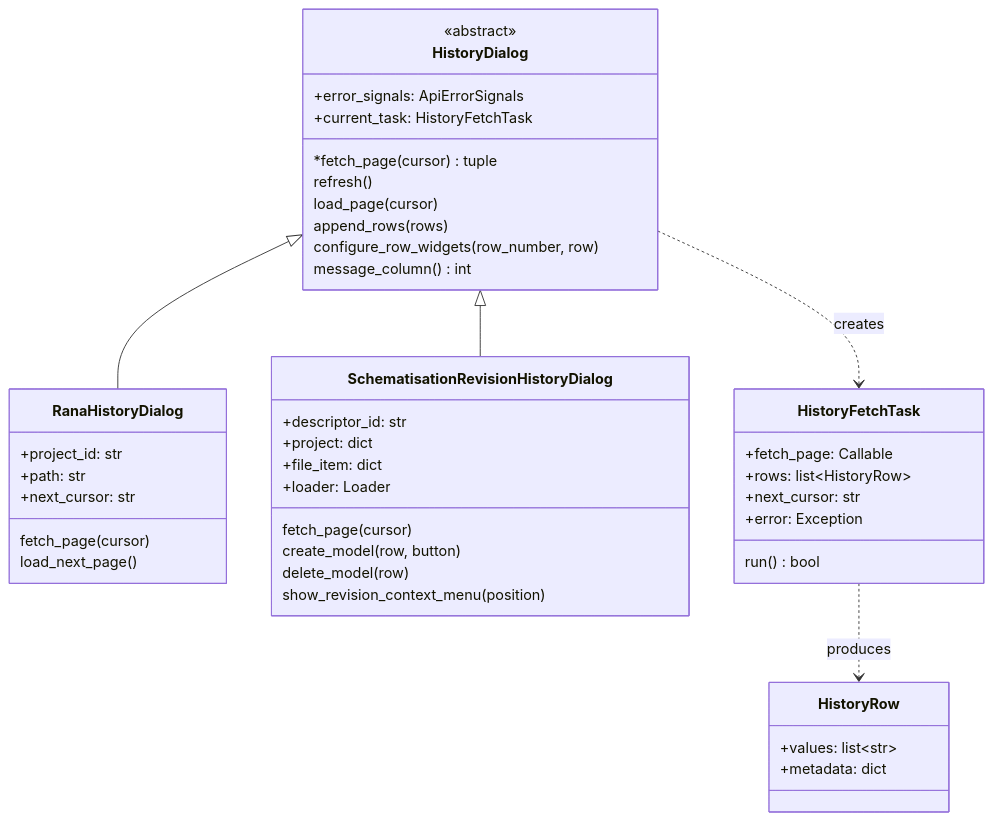
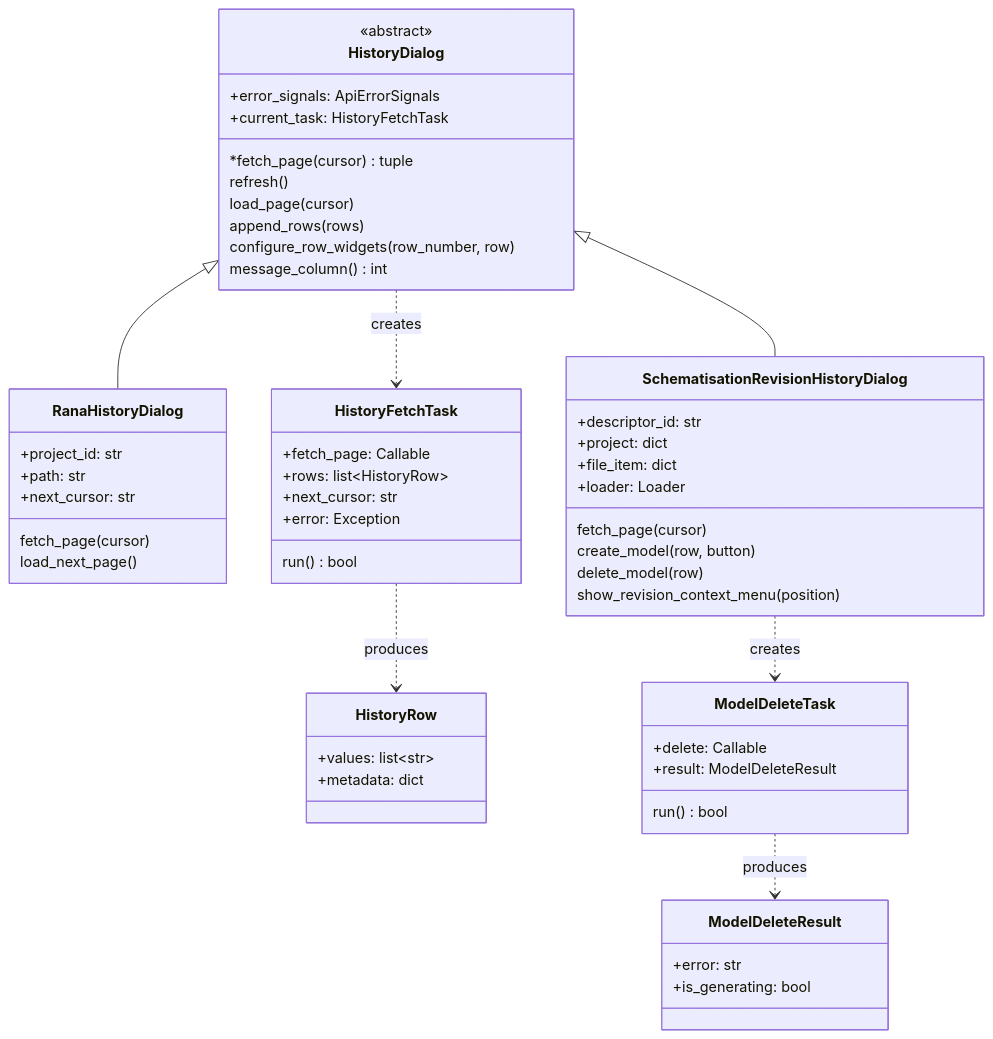
One commit to nens/rana-qgis-plugin changed the first of 2 diagrams in doc/file_history.md. Above: the diagram before and after it, drawn with Mermaid. The commit also changed other lines of this file and 4 other files, not shown here.

Commit message:
Run delete in background so UI is not blocked

````diff
--- a/doc/file_history.md
+++ b/doc/file_history.md
@@ -18,47 +18,59 @@
 ```mermaid
 classDiagram
     class HistoryDialog {
         <<abstract>>
         +error_signals: ApiErrorSignals
         +current_task: HistoryFetchTask
         *fetch_page(cursor) tuple
         refresh()
         load_page(cursor)
         append_rows(rows)
         configure_row_widgets(row_number, row)
         message_column() int
     }
     class RanaHistoryDialog {
         +project_id: str
         +path: str
         +next_cursor: str
         fetch_page(cursor)
         load_next_page()
     }
     class SchematisationRevisionHistoryDialog {
         +descriptor_id: str
         +project: dict
         +file_item: dict
         +loader: Loader
         fetch_page(cursor)
         create_model(row, button)
         delete_model(row)
         show_revision_context_menu(position)
     }
     class HistoryFetchTask {
         +fetch_page: Callable
         +rows: list~HistoryRow~
         +next_cursor: str
         +error: Exception
         run() bool
     }
     class HistoryRow {
         +values: list~str~
         +metadata: dict
     }
 
+    class ModelDeleteTask {
+        +delete: Callable
+        +result: ModelDeleteResult
+        run() bool
+    }
+    class ModelDeleteResult {
+        +error: str
+        +is_generating: bool
+    }
+
     HistoryDialog <|-- RanaHistoryDialog
     HistoryDialog <|-- SchematisationRevisionHistoryDialog
     HistoryDialog ..> HistoryFetchTask : creates
     HistoryFetchTask ..> HistoryRow : produces
+    SchematisationRevisionHistoryDialog ..> ModelDeleteTask : creates
+    ModelDeleteTask ..> ModelDeleteResult : produces
 ```
````
